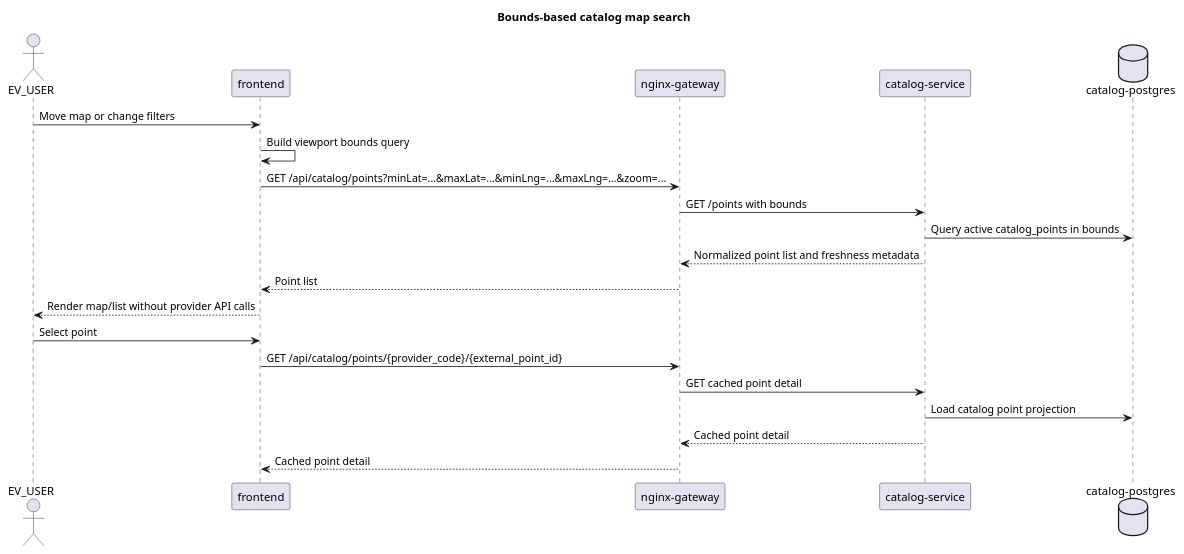
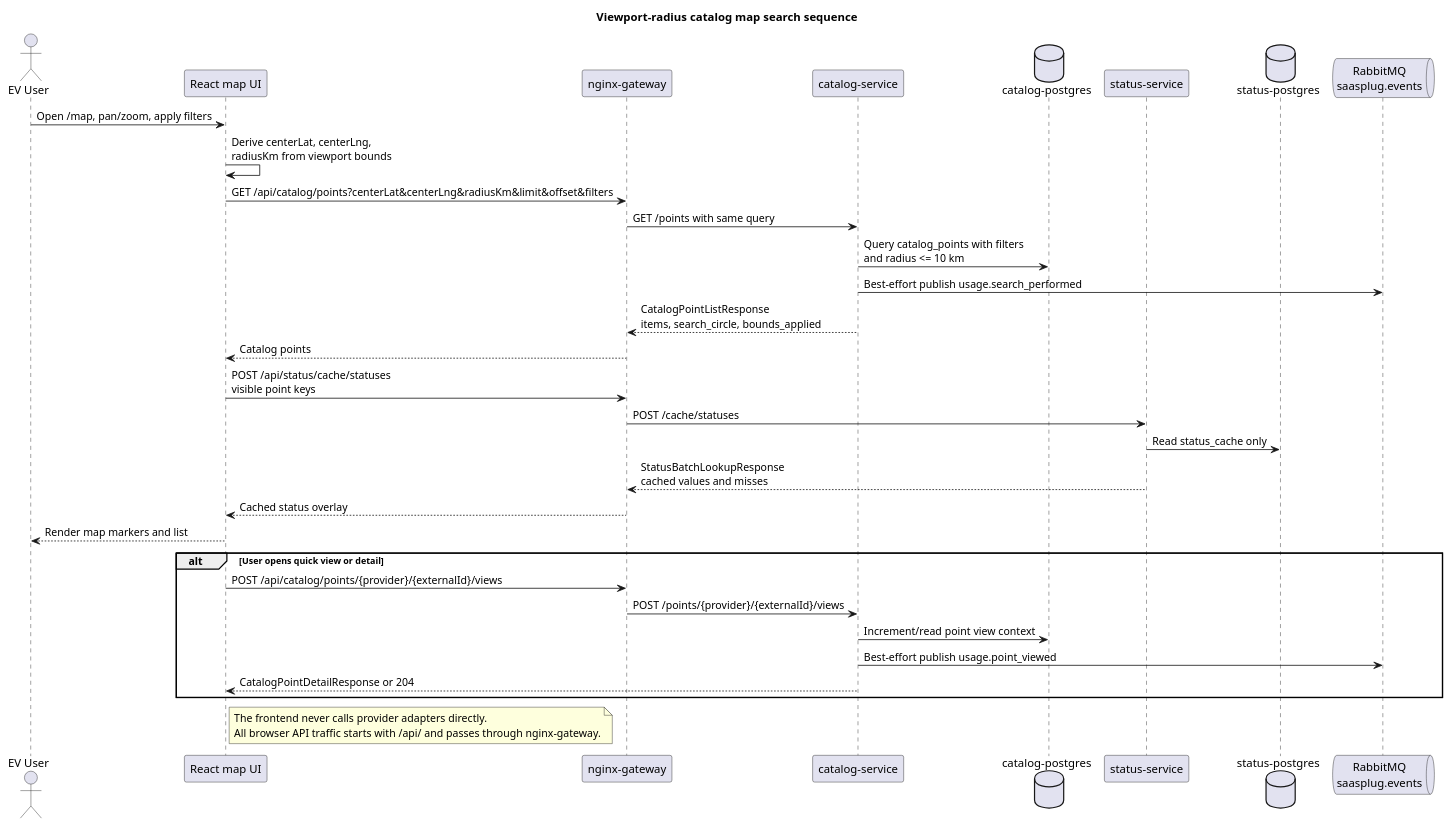
One commit to ntua-el21026/ntua-saasplug changed the diagram in docs/diagrams/final/sequence-search-map.puml. Above: the diagram before and after it, drawn with PlantUML. The commit also changed 48 other files, not shown here.

Commit message:
Update diagrams and documentation

```diff
--- a/docs/diagrams/final/sequence-search-map.puml
+++ b/docs/diagrams/final/sequence-search-map.puml
@@ -1,26 +1,41 @@
 @startuml
-title Bounds-based catalog map search
+title Viewport-radius catalog map search sequence
+skinparam shadowing false
 
-actor "EV_USER" as EvUser
-participant "frontend" as Frontend
+actor "EV User" as EV
+participant "React map UI" as Frontend
 participant "nginx-gateway" as Gateway
 participant "catalog-service" as Catalog
 database "catalog-postgres" as CatalogDb
+participant "status-service" as Status
+database "status-postgres" as StatusDb
+queue "RabbitMQ\nsaasplug.events" as Rabbit
 
-EvUser -> Frontend : Move map or change filters
-Frontend -> Frontend : Build viewport bounds query
-Frontend -> Gateway : GET /api/catalog/points?minLat=...&maxLat=...&minLng=...&maxLng=...&zoom=...
-Gateway -> Catalog : GET /points with bounds
-Catalog -> CatalogDb : Query active catalog_points in bounds
-Catalog --> Gateway : Normalized point list and freshness metadata
-Gateway --> Frontend : Point list
-Frontend --> EvUser : Render map/list without provider API calls
+EV -> Frontend : Open /map, pan/zoom, apply filters
+Frontend -> Frontend : Derive centerLat, centerLng,\nradiusKm from viewport bounds
+Frontend -> Gateway : GET /api/catalog/points?centerLat&centerLng&radiusKm&limit&offset&filters
+Gateway -> Catalog : GET /points with same query
+Catalog -> CatalogDb : Query catalog_points with filters\nand radius <= 10 km
+Catalog -> Rabbit : Best-effort publish usage.search_performed
+Catalog --> Gateway : CatalogPointListResponse\nitems, search_circle, bounds_applied
+Gateway --> Frontend : Catalog points
+Frontend -> Gateway : POST /api/status/cache/statuses\nvisible point keys
+Gateway -> Status : POST /cache/statuses
+Status -> StatusDb : Read status_cache only
+Status --> Gateway : StatusBatchLookupResponse\ncached values and misses
+Gateway --> Frontend : Cached status overlay
+Frontend --> EV : Render map markers and list
 
-EvUser -> Frontend : Select point
-Frontend -> Gateway : GET /api/catalog/points/{provider_code}/{external_point_id}
-Gateway -> Catalog : GET cached point detail
-Catalog -> CatalogDb : Load catalog point projection
-Catalog --> Gateway : Cached point detail
-Gateway --> Frontend : Cached point detail
+alt User opens quick view or detail
+  Frontend -> Gateway : POST /api/catalog/points/{provider}/{externalId}/views
+  Gateway -> Catalog : POST /points/{provider}/{externalId}/views
+  Catalog -> CatalogDb : Increment/read point view context
+  Catalog -> Rabbit : Best-effort publish usage.point_viewed
+  Catalog --> Frontend : CatalogPointDetailResponse or 204
+end
 
+note right of Frontend
+The frontend never calls provider adapters directly.
+All browser API traffic starts with /api/ and passes through nginx-gateway.
+end note
 @enduml
```
